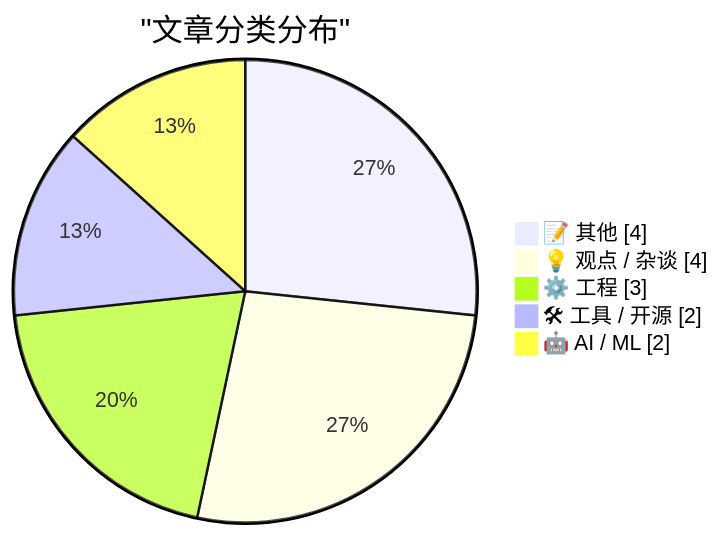
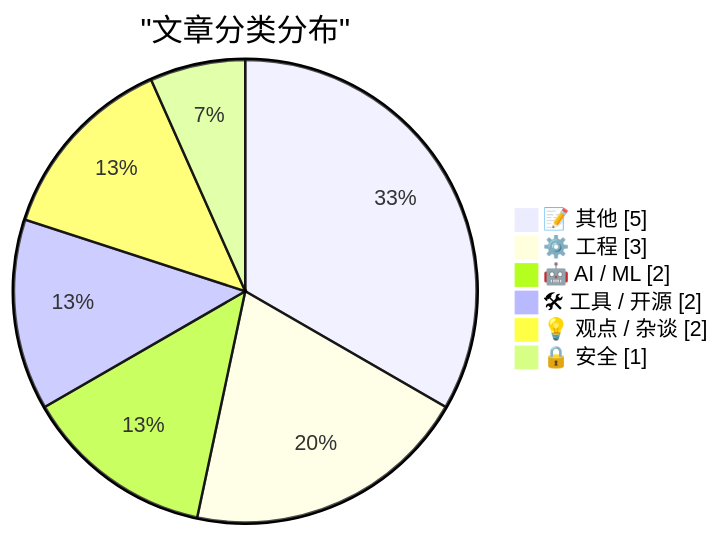
One commit to NicCraver/ai-daily-digest-web changed the first of 2 diagrams in data/digest-20260420.md. Above: the diagram before and after it, drawn with Mermaid. The commit also changed other lines of this file and 31 other files, not shown here.

````diff
--- a/data/digest-20260420.md
+++ b/data/digest-20260420.md
@@ -53,9 +53,10 @@
 ```mermaid
 pie showData
     title "文章分类分布"
-    "📝 其他" : 4
-    "💡 观点 / 杂谈" : 4
+    "📝 其他" : 5
     "⚙️ 工程" : 3
+    "🤖 AI / ML" : 2
     "🛠 工具 / 开源" : 2
-    "🤖 AI / ML" : 2
+    "💡 观点 / 杂谈" : 2
+    "🔒 安全" : 1
 ```
````
